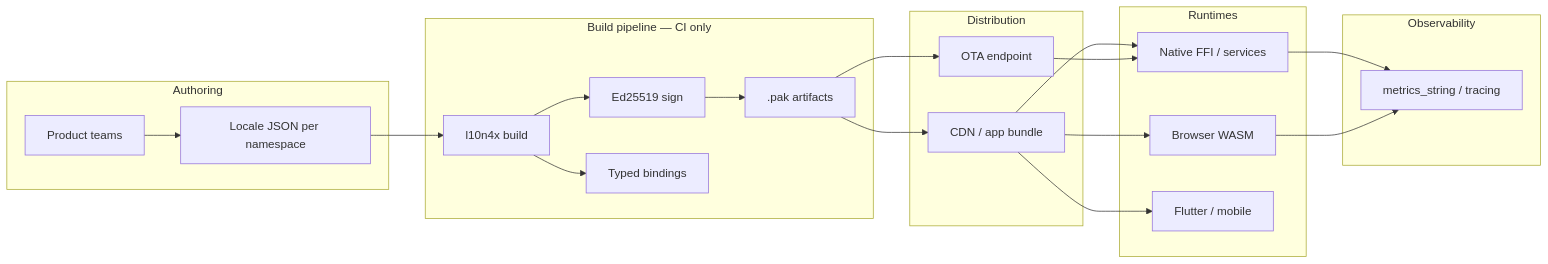
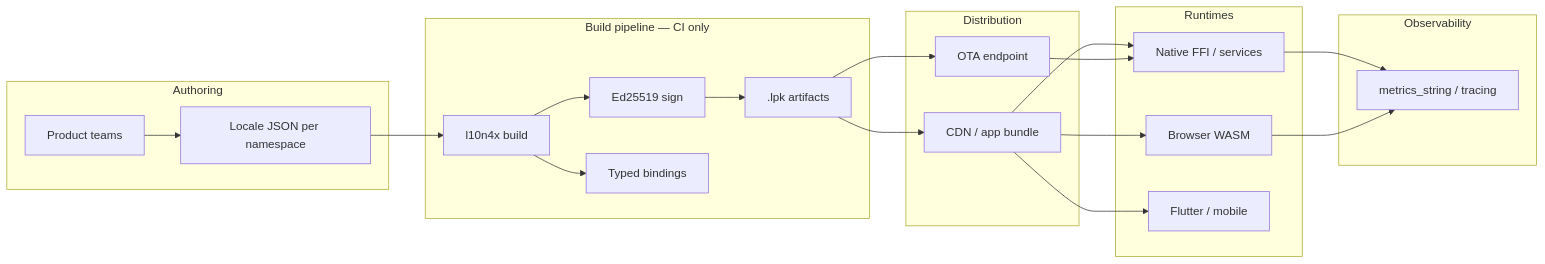
One commit to xdvi/l10n4x changed the diagram in docs/ENTERPRISE_ADOPTION.md. Above: the diagram before and after it, drawn with Mermaid. The commit also changed other lines of this file and 74 other files, not shown here.

First line of the commit message:
refactor!: rename .pak format to .lpk, drop legacy format support

````diff
--- a/docs/ENTERPRISE_ADOPTION.md
+++ b/docs/ENTERPRISE_ADOPTION.md
@@ -24,40 +24,40 @@
 ```mermaid
 flowchart LR
   subgraph authoring [Authoring]
     DEV[Product teams]
     JSON[Locale JSON per namespace]
     DEV --> JSON
   end
 
   subgraph pipeline [Build pipeline — CI only]
     CLI[l10n4x build]
     SIGN[Ed25519 sign]
-    PAK[.pak artifacts]
+    LPK[.lpk artifacts]
     GEN[Typed bindings]
-    JSON --> CLI --> SIGN --> PAK
+    JSON --> CLI --> SIGN --> LPK
     CLI --> GEN
   end
 
   subgraph distribution [Distribution]
     CDN[CDN / app bundle]
     OTA[OTA endpoint]
-    PAK --> CDN
-    PAK --> OTA
+    LPK --> CDN
+    LPK --> OTA
   end
 
   subgraph runtimes [Runtimes]
     NATIVE[Native FFI / services]
     WASM[Browser WASM]
     MOBILE[Flutter / mobile]
     CDN --> NATIVE
     CDN --> WASM
     CDN --> MOBILE
     OTA --> NATIVE
   end
 
   subgraph observability [Observability]
     MET[metrics_string / tracing]
     NATIVE --> MET
     WASM --> MET
   end
 ```
````
